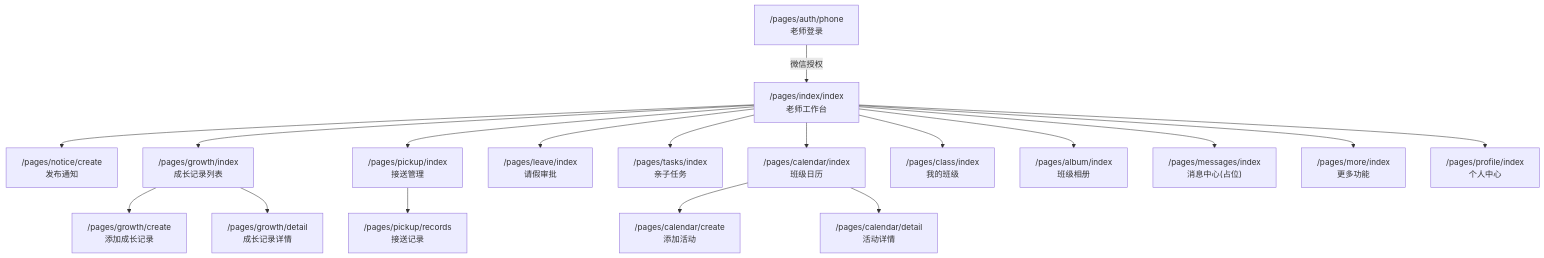
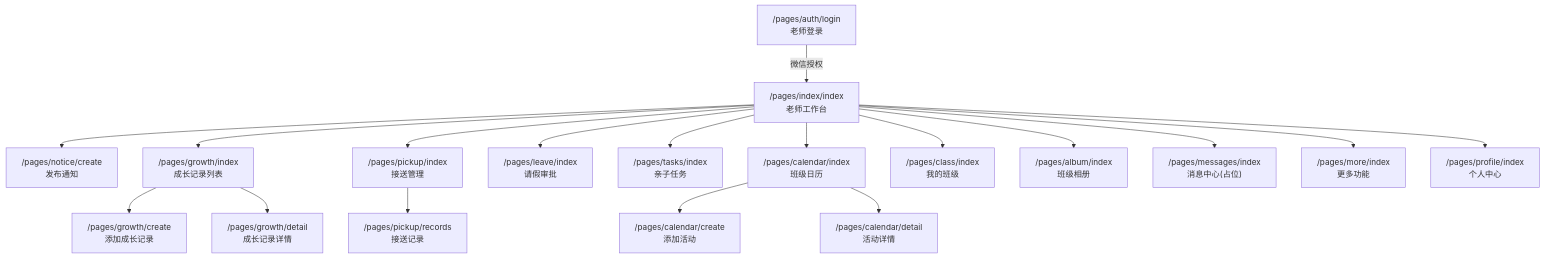
One commit to yuanhaisu/kindergarten changed the fourth of 18 diagrams in 产品设计文档/10-产品设计图.md. Above: the diagram before and after it, drawn with Mermaid. The commit also changed other lines of this file and 23 other files, not shown here.

````diff
--- a/产品设计文档/10-产品设计图.md
+++ b/产品设计文档/10-产品设计图.md
@@ -111,25 +111,25 @@
 ```mermaid
 graph TD
-    Login_T["/pages/auth/phone<br/>老师登录"] -->|微信授权| Dashboard_T["/pages/index/index<br/>老师工作台"]
+    Login_T["/pages/auth/login<br/>老师登录"] -->|微信授权| Dashboard_T["/pages/index/index<br/>老师工作台"]
 
     Dashboard_T --> NoticeCreate["/pages/notice/create<br/>发布通知"]
     Dashboard_T --> GrowthList["/pages/growth/index<br/>成长记录列表"]
     GrowthList --> GrowthCreate["/pages/growth/create<br/>添加成长记录"]
     GrowthList --> GrowthDetail["/pages/growth/detail<br/>成长记录详情"]
 
     Dashboard_T --> PickupMain["/pages/pickup/index<br/>接送管理"]
     PickupMain --> PickupRecords["/pages/pickup/records<br/>接送记录"]
 
     Dashboard_T --> LeaveApproval["/pages/leave/index<br/>请假审批"]
     Dashboard_T --> TaskList["/pages/tasks/index<br/>亲子任务"]
 
     Dashboard_T --> CalendarMain["/pages/calendar/index<br/>班级日历"]
     CalendarMain --> CalendarCreate["/pages/calendar/create<br/>添加活动"]
     CalendarMain --> CalendarDetail["/pages/calendar/detail<br/>活动详情"]
 
     Dashboard_T --> ClassInfo["/pages/class/index<br/>我的班级"]
     Dashboard_T --> Album["/pages/album/index<br/>班级相册"]
     Dashboard_T --> Messages_T["/pages/messages/index<br/>消息中心(占位)"]
     Dashboard_T --> More["/pages/more/index<br/>更多功能"]
     Dashboard_T --> Profile_T["/pages/profile/index<br/>个人中心"]
 ```
````
